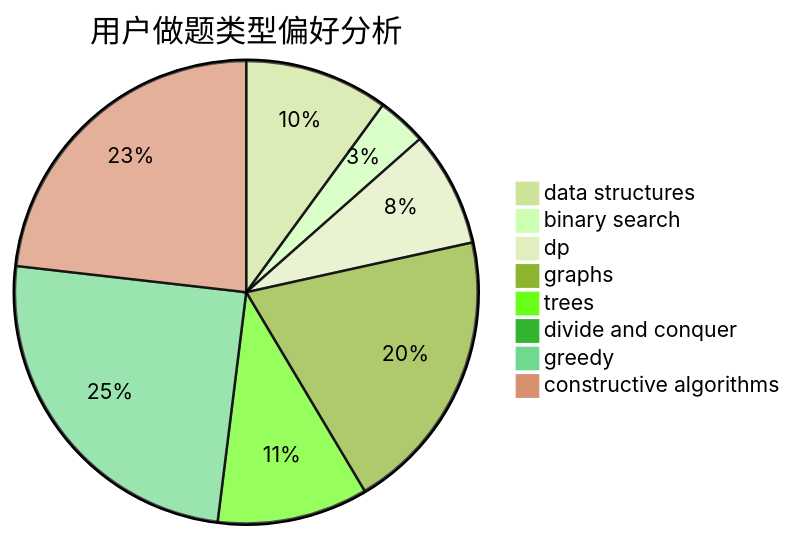
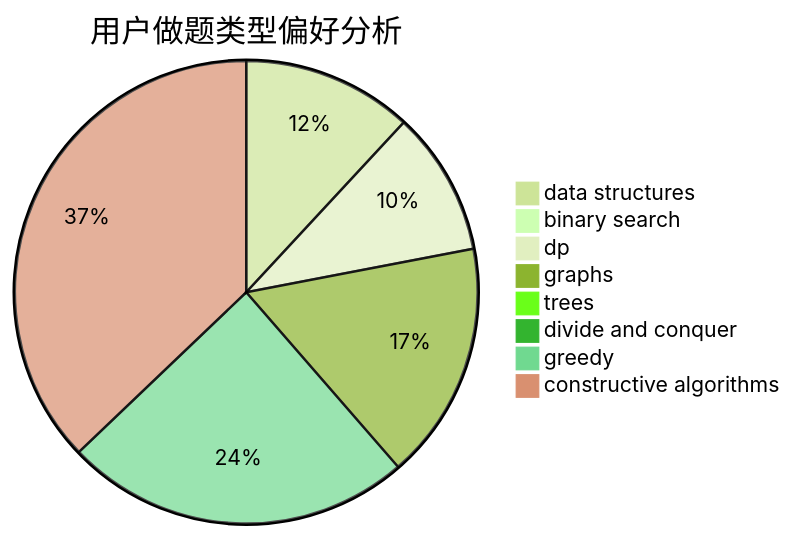
Before and after one commit to sherpahu/cfrs.github.io: the second of 3 diagrams in docs/user/u1112.md, drawn with Mermaid (forest theme). The commit also changed other lines of this file and 2770 other files, not shown here.

````diff
--- a/docs/user/u1112.md
+++ b/docs/user/u1112.md
@@ -23,11 +23,11 @@
 ```mermaid
 pie title 用户做题类型偏好分析
-    "data structures" :  61
-    "binary search" :  21
-    "dp" :  49
-    "graphs" :  121
-    "trees" :  64
-    "divide and conquer" :  1
-    "greedy" :  151
-    "constructive algorithms" :  141
+    "data structures" :  209
+    "binary search" :  7
+    "dp" :  177
+    "graphs" :  292
+    "trees" :  2
+    "divide and conquer" :  0
+    "greedy" :  426
+    "constructive algorithms" :  652
 ```
````
